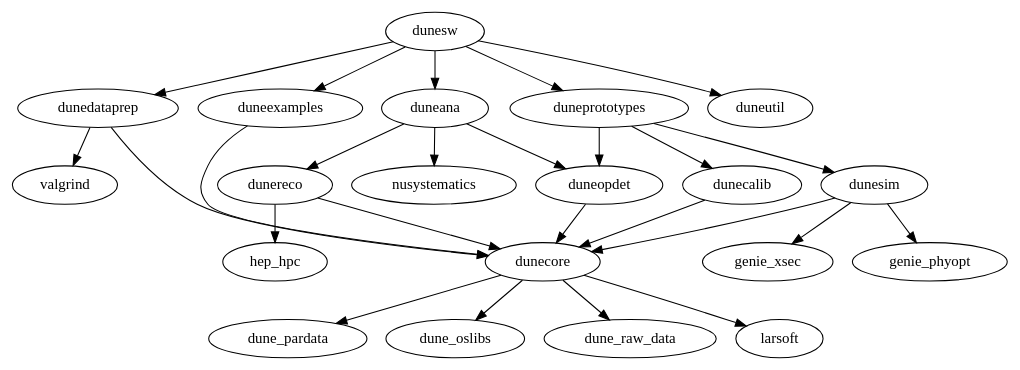
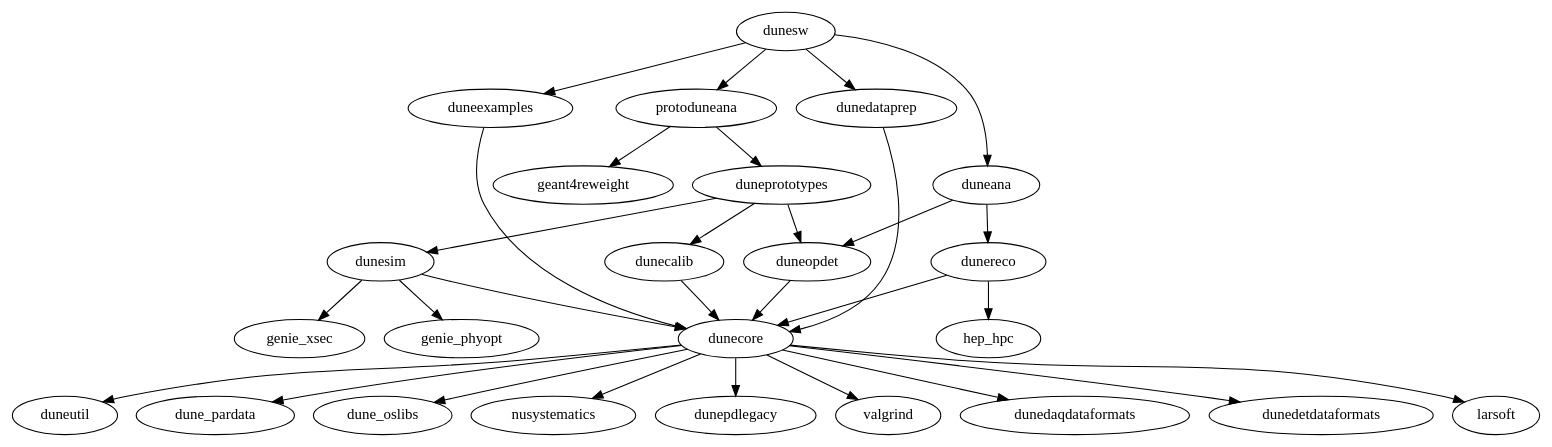
The diagram in first_try/ups_depgraph/dg.dot (tomjunk/split_dunetpc), drawn with Graphviz before and after one commit. The commit also changed 2 other files, not shown here.

```diff
--- a/first_try/ups_depgraph/dg.dot
+++ b/first_try/ups_depgraph/dg.dot
@@ -1,27 +1,31 @@
 digraph G {
-dunesw -> duneprototypes
 dunesw -> duneexamples
 dunesw -> dunedataprep
 dunesw -> duneana
-dunesw -> duneutil
+dunecore -> duneutil
+dunesw -> protoduneana
+protoduneana -> duneprototypes
+protoduneana -> geant4reweight
 dunecore -> dune_pardata
 dunesim -> genie_xsec
 dunesim -> genie_phyopt
 dunecore -> dune_oslibs
 duneana -> dunereco
 duneana -> duneopdet
-duneana -> nusystematics
+dunecore -> nusystematics
 dunecalib -> dunecore
-dunecore -> dune_raw_data
-dunedataprep -> valgrind
+dunecore -> dunepdlegacy
+dunecore -> valgrind
 dunedataprep -> dunecore
 duneexamples -> dunecore 
 duneopdet -> dunecore 
 duneprototypes -> duneopdet 
 duneprototypes -> dunecalib
 duneprototypes -> dunesim
 dunereco -> dunecore
 dunereco -> hep_hpc
 dunesim -> dunecore
+dunecore -> dunedaqdataformats
+dunecore -> dunedetdataformats
 dunecore -> larsoft
 }
```
